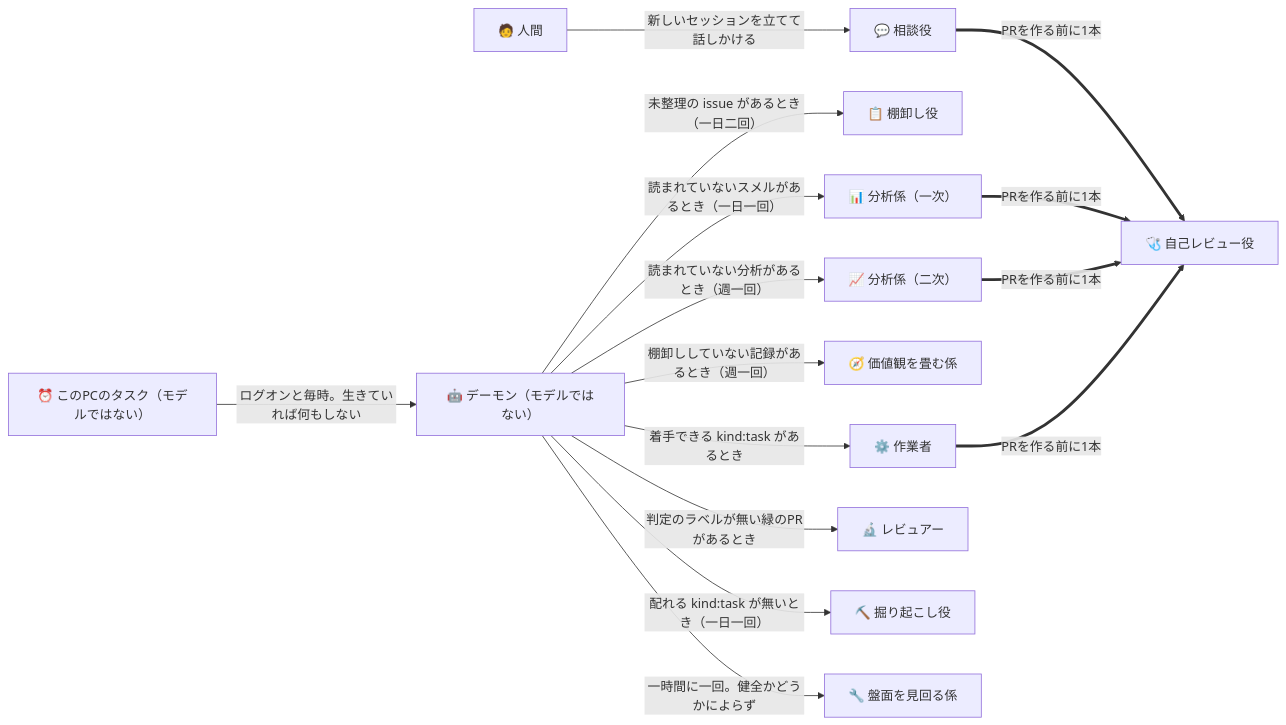
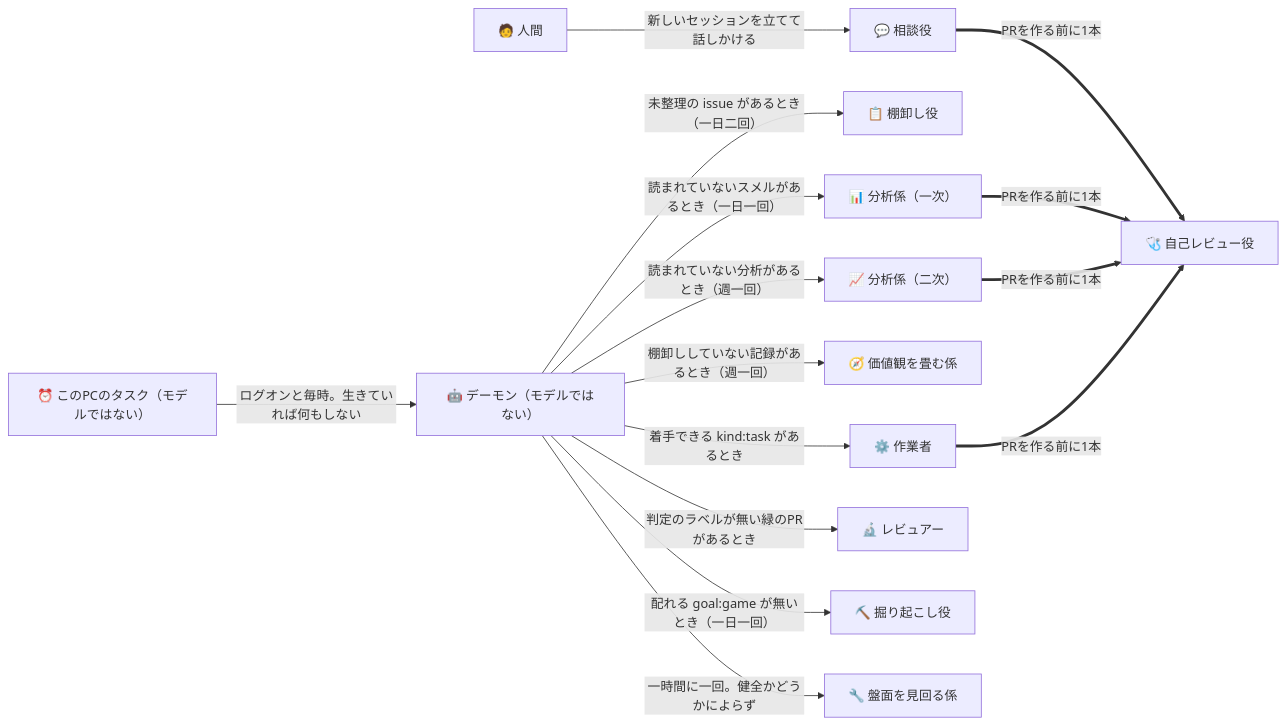
The first of 5 diagrams in docs/ParallelAgents.md (gooyyu1/UnmappedIsland), drawn with Mermaid before and after one commit. The commit also changed other lines of this file and 16 other files, not shown here.

````diff
--- a/docs/ParallelAgents.md
+++ b/docs/ParallelAgents.md
@@ -29,31 +29,31 @@
 ```mermaid
 flowchart LR
     Human["🧑 人間"]
     Task["⏰ このPCのタスク（モデルではない）"]
     Daemon["🤖 デーモン（モデルではない）"]
     Adviser["💬 相談役"]
     Triage["📋 棚卸し役"]
     Analysis["📊 分析係（一次）"]
     Trend["📈 分析係（二次）"]
     Policy["🧭 価値観を畳む係"]
     Reviewer["🔬 レビュアー"]
     Worker["⚙️ 作業者"]
     SelfReview["🩺 自己レビュー役"]
     Digger["⛏️ 掘り起こし役"]
     Patrol["🔧 盤面を見回る係"]
 
     Human -->|"新しいセッションを立てて話しかける"| Adviser
     Task -->|"ログオンと毎時。生きていれば何もしない"| Daemon
     Daemon -->|"未整理の issue があるとき（一日二回）"| Triage
     Daemon -->|"読まれていないスメルがあるとき（一日一回）"| Analysis
     Daemon -->|"読まれていない分析があるとき（週一回）"| Trend
     Daemon -->|"棚卸ししていない記録があるとき（週一回）"| Policy
     Daemon -->|"着手できる kind:task があるとき"| Worker
     Daemon -->|"判定のラベルが無い緑のPRがあるとき"| Reviewer
-    Daemon -->|"配れる kind:task が無いとき（一日一回）"| Digger
+    Daemon -->|"配れる goal:game が無いとき（一日一回）"| Digger
     Daemon -->|"一時間に一回。健全かどうかによらず"| Patrol
     Worker ==>|"PRを作る前に1本"| SelfReview
     Analysis ==>|"PRを作る前に1本"| SelfReview
     Trend ==>|"PRを作る前に1本"| SelfReview
     Adviser ==>|"PRを作る前に1本"| SelfReview
 ```
````
